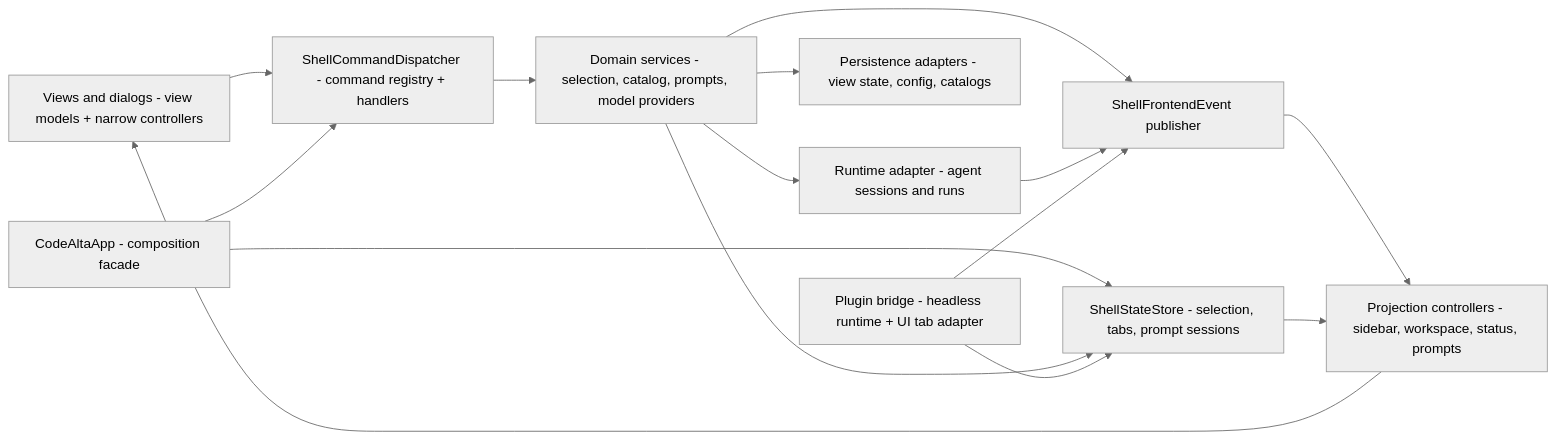
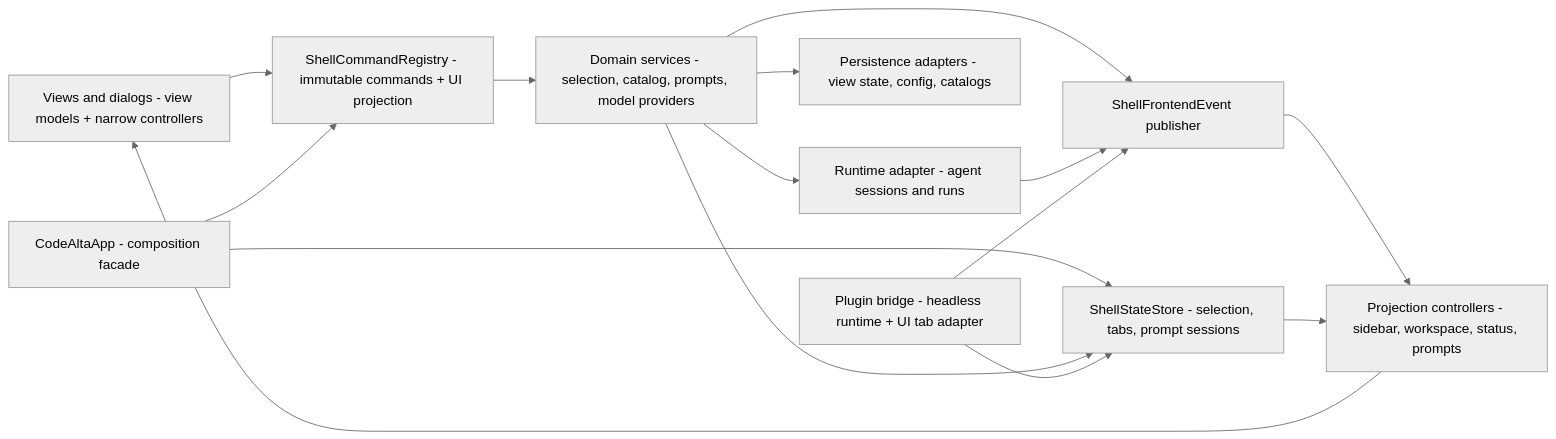
The diagram in doc/development-guide.md (CodeAlta/CodeAlta), drawn with Mermaid (neutral theme) before and after one commit. The commit also changed other lines of this file and 61 other files, not shown here.

Commit message:
Refactor shell command registry

````diff
--- a/doc/development-guide.md
+++ b/doc/development-guide.md
@@ -53,28 +53,28 @@
 ```mermaid
 flowchart LR
     Views[Views and dialogs - view models + narrow controllers]
-    Commands[ShellCommandDispatcher - command registry + handlers]
+    Commands[ShellCommandRegistry - immutable commands + UI projection]
     App[CodeAltaApp - composition facade]
     State[ShellStateStore - selection, tabs, prompt sessions]
     Domain[Domain services - selection, catalog, prompts, model providers]
     Events[ShellFrontendEvent publisher]
     Projections[Projection controllers - sidebar, workspace, status, prompts]
     Runtime[Runtime adapter - agent sessions and runs]
     Persistence[Persistence adapters - view state, config, catalogs]
     Plugins[Plugin bridge - headless runtime + UI tab adapter]
 
     Views --> Commands
     Commands --> Domain
     App --> Commands
     App --> State
     Domain --> State
     Domain --> Events
     Domain --> Runtime
     Domain --> Persistence
     Runtime --> Events
     Plugins --> Events
     Plugins --> State
     Events --> Projections
     State --> Projections
     Projections --> Views
 ```
````
